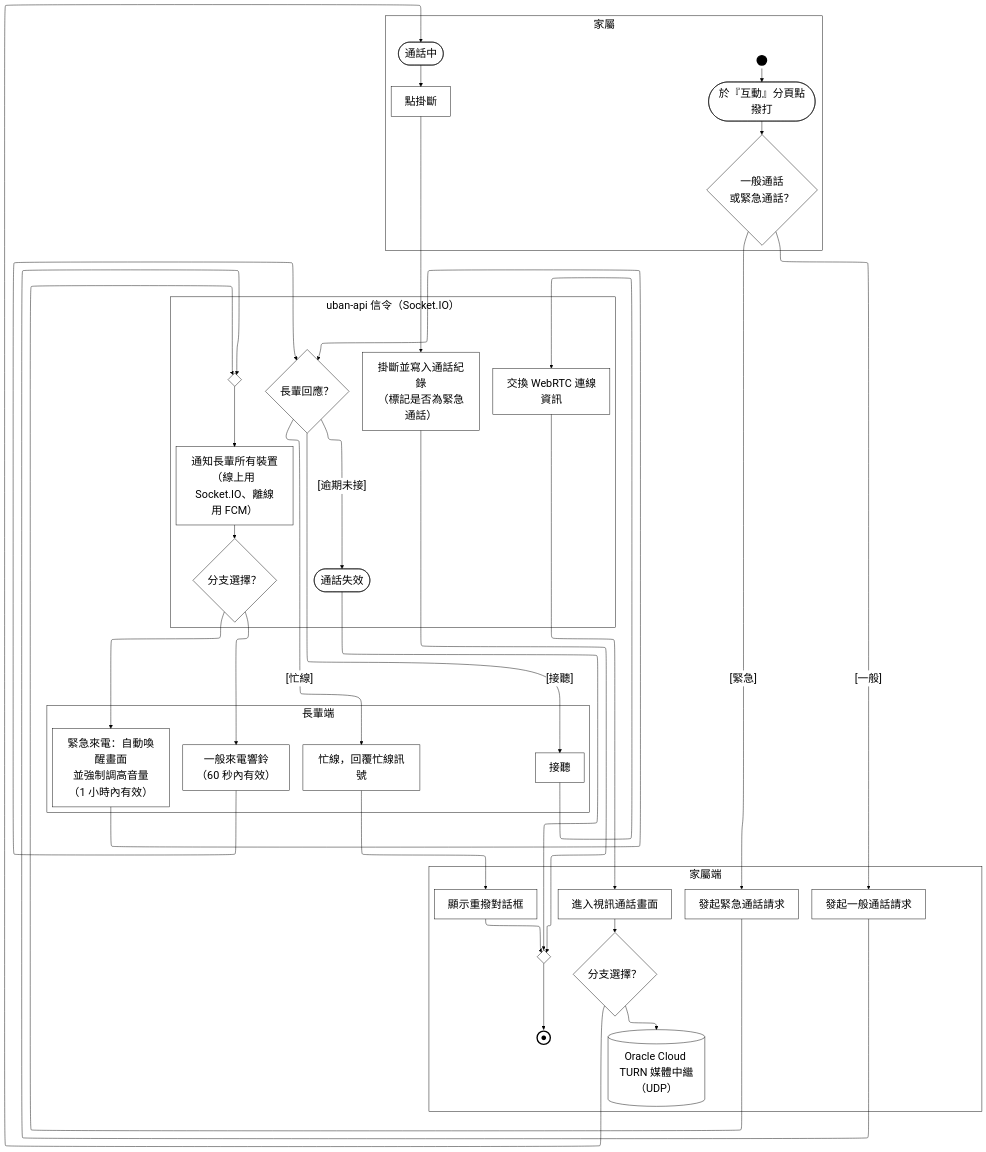
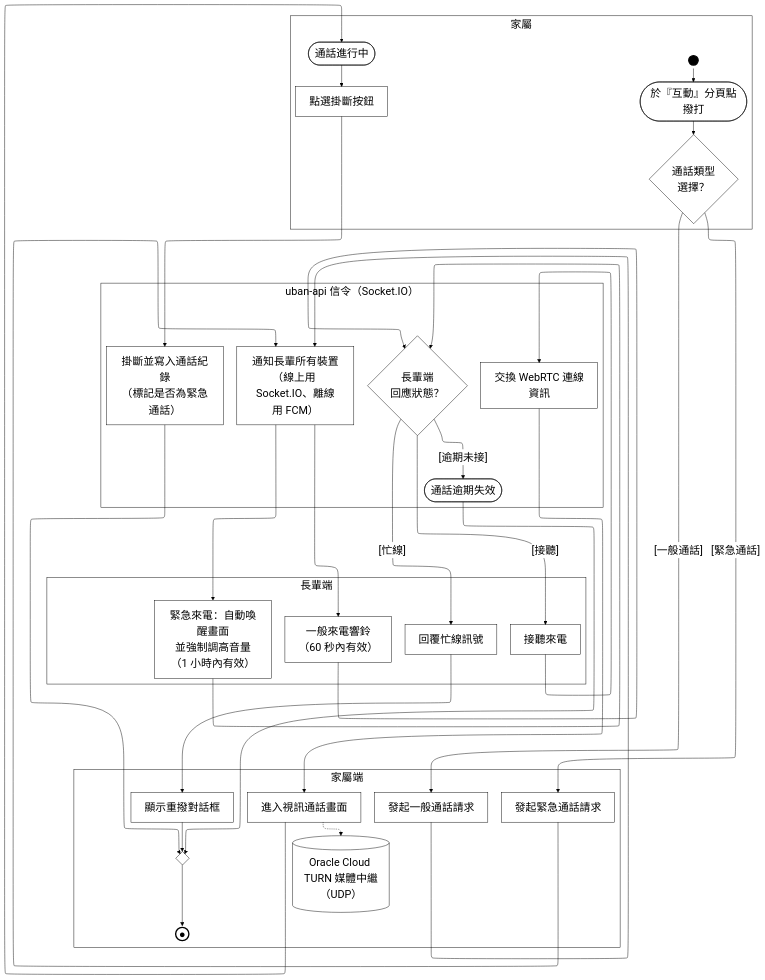
Before and after one commit to HuangYu-Kai/Uban: the diagram in Uban System Documents/mermaid原始碼/A16-家屬通訊.mmd, drawn with Mermaid. The commit also changed 116 other files, not shown here.

```diff
--- a/Uban System Documents/mermaid原始碼/A16-家屬通訊.mmd
+++ b/Uban System Documents/mermaid原始碼/A16-家屬通訊.mmd
@@ -1,73 +1,67 @@
 %%{init:{"layout":"elk","elk":{"mergeEdges":false,"nodePlacementStrategy":"NETWORK_SIMPLEX"},"flowchart":{"htmlLabels":true},"themeVariables":{"clusterBkg":"#FFFFFF","clusterBorder":"#000000","edgeLabelBackground":"#FFFFFF","textColor":"#000000","nodeTextColor":"#000000","titleColor":"#000000","lineColor":"#000000","fontSize":"24px"}}}%%
 flowchart TD
   %% 鎖住泳道順序：ELK 不照宣告順序排，沒有這條鏈後端會跑到最上面
   subgraph ROLE["家屬"]
     PAD_ROLE["&nbsp;&nbsp;&nbsp;&nbsp;&nbsp;&nbsp;&nbsp;&nbsp;&nbsp;&nbsp;&nbsp;&nbsp;&nbsp;&nbsp;&nbsp;&nbsp;&nbsp;&nbsp;&nbsp;&nbsp;&nbsp;&nbsp;&nbsp;&nbsp;&nbsp;&nbsp;&nbsp;&nbsp;&nbsp;&nbsp;&nbsp;&nbsp;&nbsp;&nbsp;&nbsp;&nbsp;&nbsp;&nbsp;&nbsp;&nbsp;&nbsp;&nbsp;&nbsp;&nbsp;&nbsp;&nbsp;&nbsp;&nbsp;&nbsp;&nbsp;&nbsp;&nbsp;&nbsp;&nbsp;&nbsp;&nbsp;&nbsp;&nbsp;&nbsp;&nbsp;&nbsp;&nbsp;&nbsp;&nbsp;&nbsp;&nbsp;&nbsp;&nbsp;&nbsp;&nbsp;&nbsp;&nbsp;&nbsp;&nbsp;&nbsp;&nbsp;&nbsp;&nbsp;&nbsp;&nbsp;&nbsp;&nbsp;&nbsp;&nbsp;&nbsp;&nbsp;&nbsp;&nbsp;&nbsp;&nbsp;&nbsp;&nbsp;&nbsp;&nbsp;&nbsp;&nbsp;&nbsp;"]:::pad
     ST_S1(("&nbsp;")):::term
     S1([於『互動』分頁點撥打]):::act
-    S2{"一般通話<br/>或緊急通話？"}:::dec
-    S3(["通話中"]):::act
-    S4["點掛斷"]:::act
+    S2{"通話類型<br/>選擇？"}:::dec
+    S3(["通話進行中"]):::act
+    S4["點選掛斷按鈕"]:::act
   end
   subgraph FE["家屬端"]
     PAD_FE["&nbsp;&nbsp;&nbsp;&nbsp;"]:::pad
     A1["發起一般通話請求"]:::act
     A2["發起緊急通話請求"]:::act
     A3["顯示重撥對話框"]:::act
     A4["進入視訊通話畫面"]:::act
     M1[("Oracle Cloud TURN 媒體中繼<br/>（UDP）")]:::act
-    D_A4{"分支選擇？"}:::dec
     M_END{" "}:::dec
     EN_ALL(("●")):::endterm
   end
   subgraph FE2["長輩端"]
     PAD_FE2["&nbsp;&nbsp;&nbsp;&nbsp;&nbsp;&nbsp;&nbsp;&nbsp;&nbsp;&nbsp;&nbsp;&nbsp;&nbsp;&nbsp;&nbsp;&nbsp;&nbsp;&nbsp;&nbsp;&nbsp;&nbsp;&nbsp;&nbsp;"]:::pad
     E1["一般來電響鈴<br/>（60 秒內有效）"]:::act
     E2["緊急來電：自動喚醒畫面<br/>並強制調高音量<br/>（1 小時內有效）"]:::act
-    E3["接聽"]:::act
-    E4["忙線，回覆忙線訊號"]:::act
+    E3["接聽來電"]:::act
+    E4["回覆忙線訊號"]:::act
   end
   subgraph BE["uban-api 信令（Socket.IO）"]
     B1["通知長輩所有裝置<br/>（線上用 Socket.IO、離線用 FCM）"]:::act
-    B2{"長輩回應？"}:::dec
+    B2{"長輩端<br/>回應狀態？"}:::dec
     B3["交換 WebRTC 連線資訊"]:::act
     B4["掛斷並寫入通話紀錄<br/>（標記是否為緊急通話）"]:::act
-    T1(["通話失效"]):::act
-    D_B1{"分支選擇？"}:::dec
-    M_B1{" "}:::dec
+    T1(["通話逾期失效"]):::act
   end
 
   ST_S1 --> S1
   S1 --> S2
-  S2 -->|"[一般]"| A1
-  A1 --> M_B1
-  D_B1 --> E1
-  S2 -->|"[緊急]"| A2
-  A2 --> M_B1
-  D_B1 --> E2
+  S2 -->|"[一般通話]"| A1
+  A1 --> B1
+  B1 --> E1
+  S2 -->|"[緊急通話]"| A2
+  A2 --> B1
+  B1 --> E2
   E1 --> B2
   E2 --> B2
   B2 -->|"[忙線]"| E4
   E4 --> A3
   B2 -->|"[逾期未接]"| T1
   B2 -->|"[接聽]"| E3
   E3 --> B3
   B3 --> A4
-  D_A4 --> S3
-  D_A4 --> M1
+  A4 -.-> M1
+  A4 --> S3
   S3 --> S4
   S4 --> B4
   A3 --> M_END
   B4 --> M_END
   T1 --> M_END
-  B1 --> D_B1
-  A4 --> D_A4
-  M_B1 --> B1
   M_END --> EN_ALL
   ROLE ~~~ FE ~~~ FE2 ~~~ BE
   classDef pad  fill:none,stroke:none,color:#FFFFFF
   classDef act  fill:#FFFFFF,stroke:#000000,stroke-width:1px,color:#000000
   classDef dec  fill:#FFFFFF,stroke:#000000,stroke-width:1px,color:#000000
   classDef term fill:#000000,stroke:#000000,stroke-width:3px,color:#000000
   classDef endterm fill:#FFFFFF,stroke:#000000,stroke-width:3px,color:#000000
   classDef gap  fill:#FFFFFF,stroke:#000000,stroke-width:1px,color:#000000,stroke-dasharray:4 3
```
